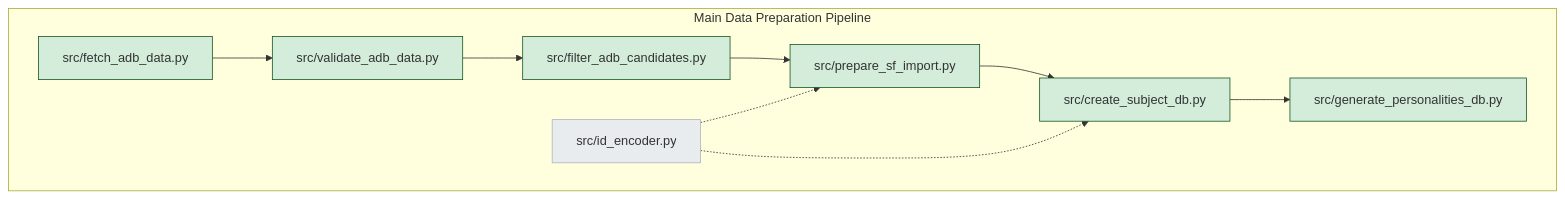
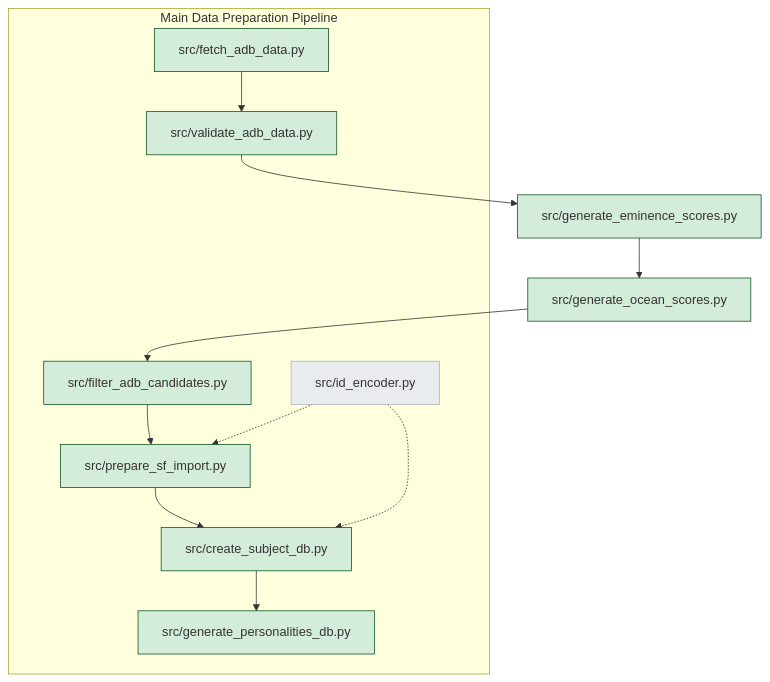
Before and after one commit to peterjmarko/llm-narrative-framework: the diagram in docs/diagrams/arch_prep_codebase.mmd, drawn with Mermaid. The commit also changed 19 other files, not shown here.

```diff
--- a/docs/diagrams/arch_prep_codebase.mmd
+++ b/docs/diagrams/arch_prep_codebase.mmd
@@ -1,27 +1,31 @@
 graph TD
     subgraph "Main Data Preparation Pipeline"
         A["src/fetch_adb_data.py"]
         B["src/validate_adb_data.py"]
         C["src/filter_adb_candidates.py"]
         D["src/prepare_sf_import.py"]
         E["src/create_subject_db.py"]
         F["src/generate_personalities_db.py"]
         U["src/id_encoder.py"]
     end
 
     A --> B
-    B --> C
+    B --> G["src/generate_eminence_scores.py"]
+    G --> H["src/generate_ocean_scores.py"]
+    H --> C
     C --> D
     D --> E
     E --> F
     
     U -.-> D
     U -.-> E
 
     style A fill:#d4edda,stroke:#155724
     style B fill:#d4edda,stroke:#155724
     style C fill:#d4edda,stroke:#155724
     style D fill:#d4edda,stroke:#155724
     style E fill:#d4edda,stroke:#155724
     style F fill:#d4edda,stroke:#155724
+    style G fill:#d4edda,stroke:#155724
+    style H fill:#d4edda,stroke:#155724
     style U fill:#e9ecef,stroke:#adb5bd
```
